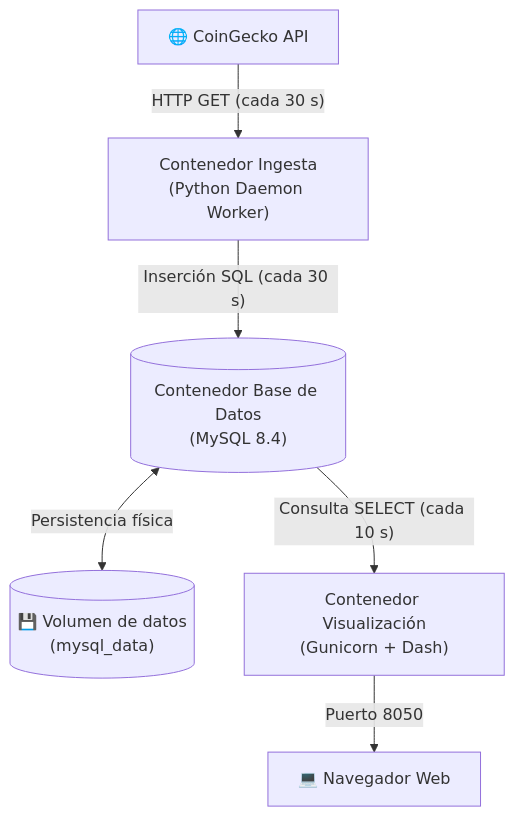
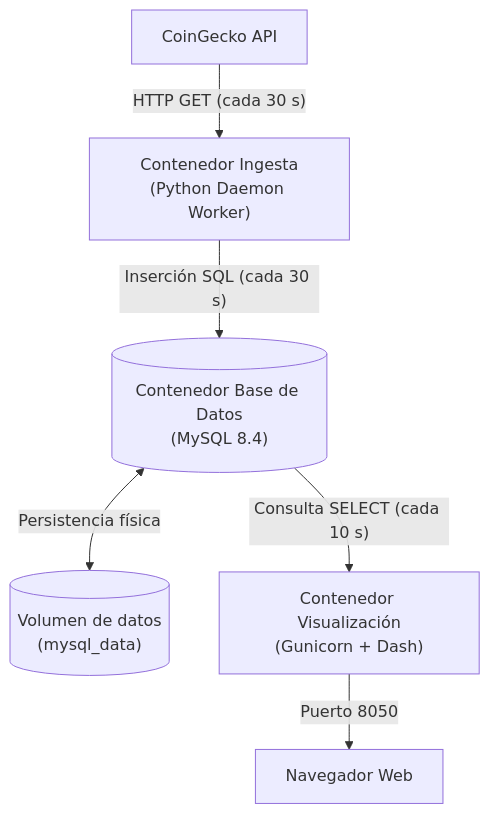
The diagram in README.md (victorve-l/proyecto-crypto), drawn with Mermaid before and after one commit. The commit also changed other lines of this file, not shown here.

````diff
--- a/README.md
+++ b/README.md
@@ -39,8 +39,8 @@
 ```mermaid
 flowchart TD
-    API["🌐 CoinGecko API"] -->|"HTTP GET (cada 30 s)"| INGESTA["Contenedor Ingesta\n(Python Daemon Worker)"]
+    API[" CoinGecko API"] -->|"HTTP GET (cada 30 s)"| INGESTA["Contenedor Ingesta\n(Python Daemon Worker)"]
     INGESTA -->|"Inserción SQL (cada 30 s)"| MYSQL[("Contenedor Base de Datos\n(MySQL 8.4)")]
-    MYSQL <-->|"Persistencia física"| VOLUMEN[("💾 Volumen de datos\n(mysql_data)")]
+    MYSQL <-->|"Persistencia física"| VOLUMEN[("Volumen de datos\n(mysql_data)")]
     MYSQL -->|"Consulta SELECT (cada 10 s)"| DASH["Contenedor Visualización\n(Gunicorn + Dash)"]
-    DASH -->|"Puerto 8050"| WEB["💻 Navegador Web"]
+    DASH -->|"Puerto 8050"| WEB["Navegador Web"]
 ```
````
